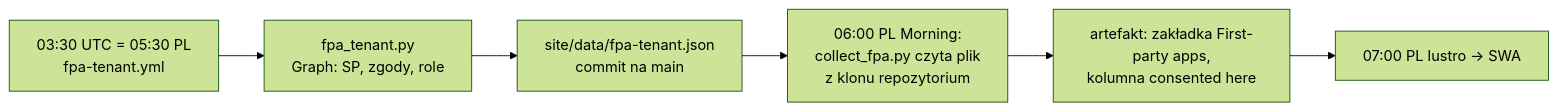
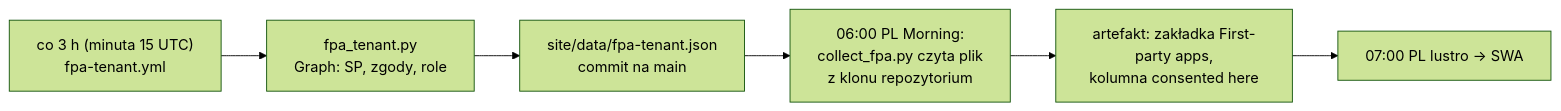
The fourth of 5 diagrams in README.md (wpiotrw/MS_SOC), drawn with Mermaid (forest theme) before and after one commit. The commit also changed other lines of this file and 1 other file, not shown here.

First line of the commit message:
README: rebuild from scratch (other tenant) section, all eight workflows, tenant snapshot every 3 h with ServiceMessage.Read.All; New-FpaReaderApp.ps1 grants ServiceMessage.Read.All

````diff
--- a/README.md
+++ b/README.md
@@ -381,8 +394,8 @@
 ```mermaid
 flowchart LR
-    A["03:30 UTC = 05:30 PL<br/>fpa-tenant.yml"] --> B["fpa_tenant.py<br/>Graph: SP, zgody, role"]
+    A["co 3 h (minuta 15 UTC)<br/>fpa-tenant.yml"] --> B["fpa_tenant.py<br/>Graph: SP, zgody, role"]
     B --> C["site/data/fpa-tenant.json<br/>commit na main"]
     C --> D["06:00 PL Morning:<br/>collect_fpa.py czyta plik<br/>z klonu repozytorium"]
     D --> E["artefakt: zakładka First-party apps,<br/>kolumna consented here"]
     E --> F["07:00 PL lustro → SWA"]
 ```
````
